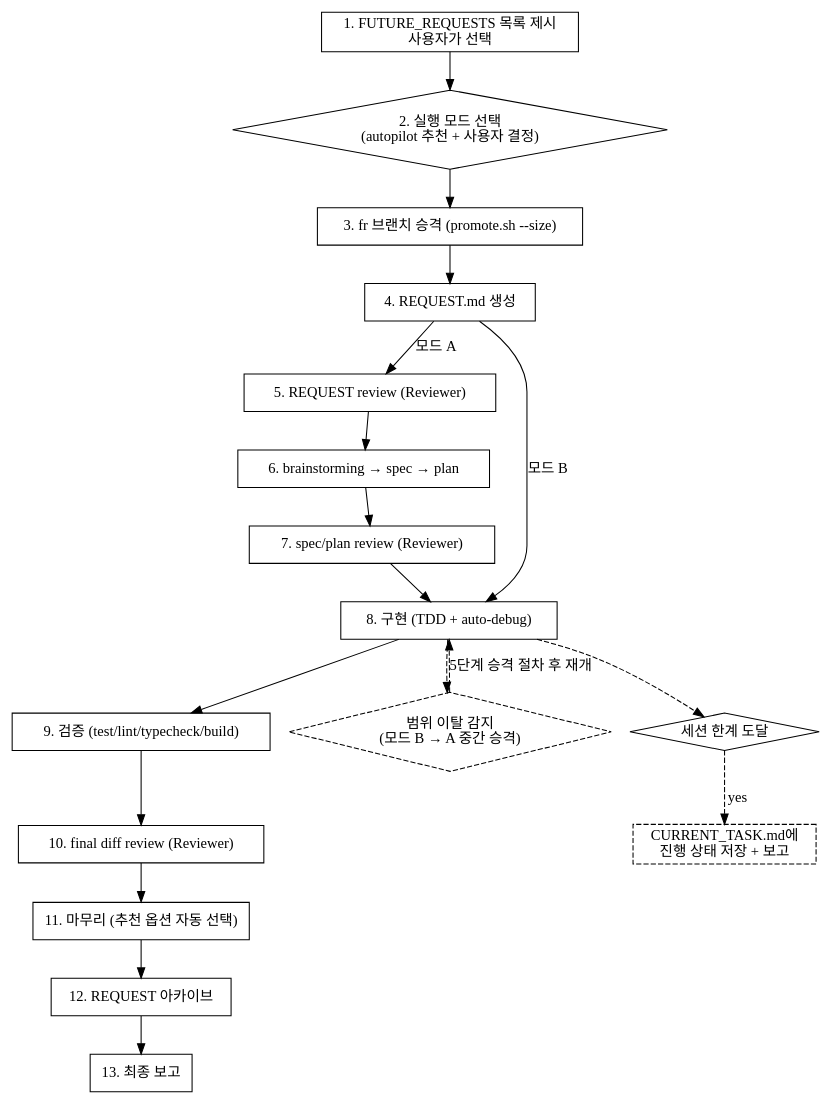
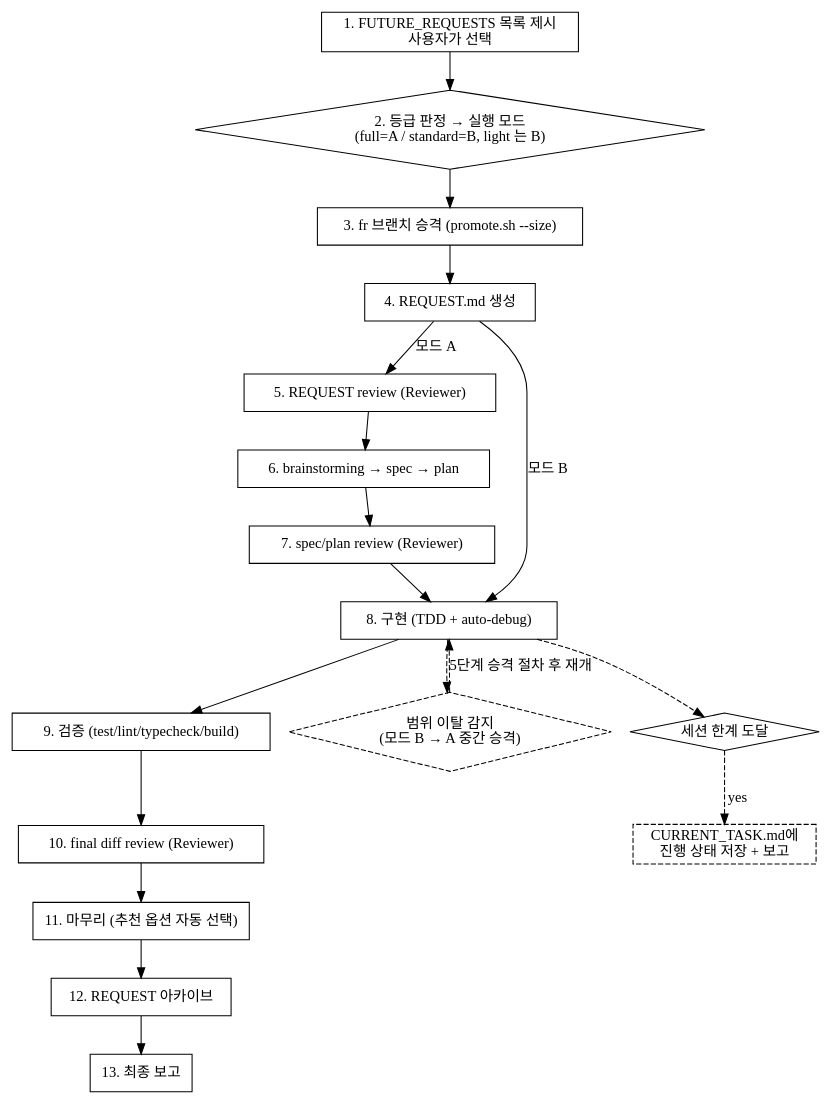
The diagram in rd-workflow/claude_skills/autopilot/SKILL.md (JuseongJee/review-driven-ai-workflow), drawn with Graphviz before and after one commit. The commit also changed other lines of this file and 74 other files, not shown here.

````diff
--- a/rd-workflow/claude_skills/autopilot/SKILL.md
+++ b/rd-workflow/claude_skills/autopilot/SKILL.md
@@ -12,36 +12,36 @@
 ```dot
 digraph autopilot {
     rankdir=TB;
     node [shape=box];
 
     select [label="1. FUTURE_REQUESTS 목록 제시\n사용자가 선택"];
-    mode [label="2. 실행 모드 선택\n(autopilot 추천 + 사용자 결정)" shape=diamond];
+    mode [label="2. 등급 판정 → 실행 모드\n(full=A / standard=B, light 는 B)" shape=diamond];
     branch [label="3. fr 브랜치 승격 (promote.sh --size)"];
     request [label="4. REQUEST.md 생성"];
     request_review [label="5. REQUEST review (Reviewer)"];
     design [label="6. brainstorming → spec → plan"];
     spec_review [label="7. spec/plan review (Reviewer)"];
     implement [label="8. 구현 (TDD + auto-debug)"];
     verify [label="9. 검증 (test/lint/typecheck/build)"];
     diff_review [label="10. final diff review (Reviewer)"];
     finish [label="11. 마무리 (추천 옵션 자동 선택)"];
     archive [label="12. REQUEST 아카이브"];
     report [label="13. 최종 보고"];
 
     select -> mode -> branch -> request;
     request -> request_review [label="모드 A"];
     request_review -> design -> spec_review -> implement;
     request -> implement [label="모드 B"];
     implement -> verify -> diff_review -> finish -> archive -> report;
 
     escalate [label="범위 이탈 감지\n(모드 B → A 중간 승격)" shape=diamond style=dashed];
     implement -> escalate [style=dashed];
     escalate -> implement [label="5단계 승격 절차 후 재개" style=dashed];
 
     session_limit [label="세션 한계 도달" shape=diamond];
     save_state [label="CURRENT_TASK.md에\n진행 상태 저장 + 보고" shape=box style=dashed];
 
     implement -> session_limit [style=dashed];
     session_limit -> save_state [label="yes" style=dashed];
 }
 ```
````
